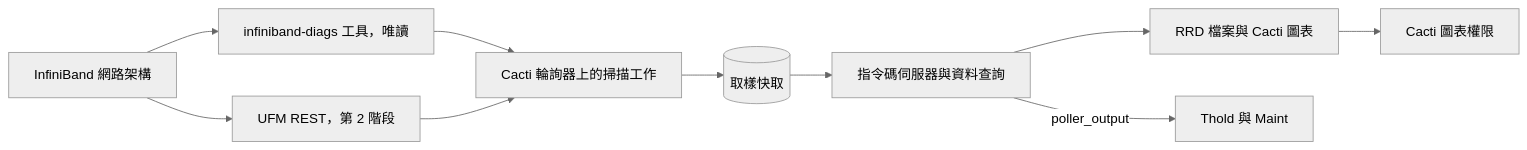
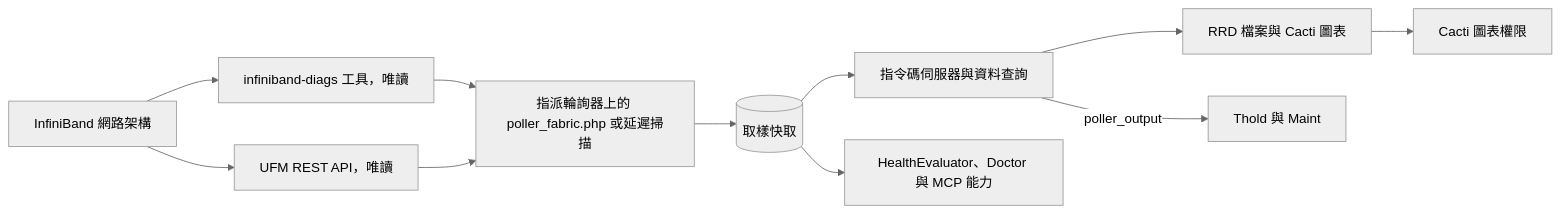
The diagram in docs/i18n/zh-TW/README.md (somethingwithproof/plugin_fabric), drawn with Mermaid (neutral theme) before and after one commit. The commit also changed other lines of this file and 48 other files, not shown here.

````diff
--- a/docs/i18n/zh-TW/README.md
+++ b/docs/i18n/zh-TW/README.md
@@ -101,12 +132,13 @@
 ```mermaid
 flowchart LR
     F[InfiniBand 網路架構] --> T[infiniband-diags 工具，唯讀]
-    F --> U[UFM REST，第 2 階段]
-    T --> S[Cacti 輪詢器上的掃描工作]
+    F --> U[UFM REST API，唯讀]
+    T --> S[指派輪詢器上的 poller_fabric.php 或延遲掃描]
     U --> S
     S --> C[(取樣快取)]
     C --> SS[指令碼伺服器與資料查詢]
     SS --> R[RRD 檔案與 Cacti 圖表]
     SS -->|poller_output| TH[Thold 與 Maint]
+    C --> H[HealthEvaluator、Doctor 與 MCP 能力]
     R --> P[Cacti 圖表權限]
 ```
````
